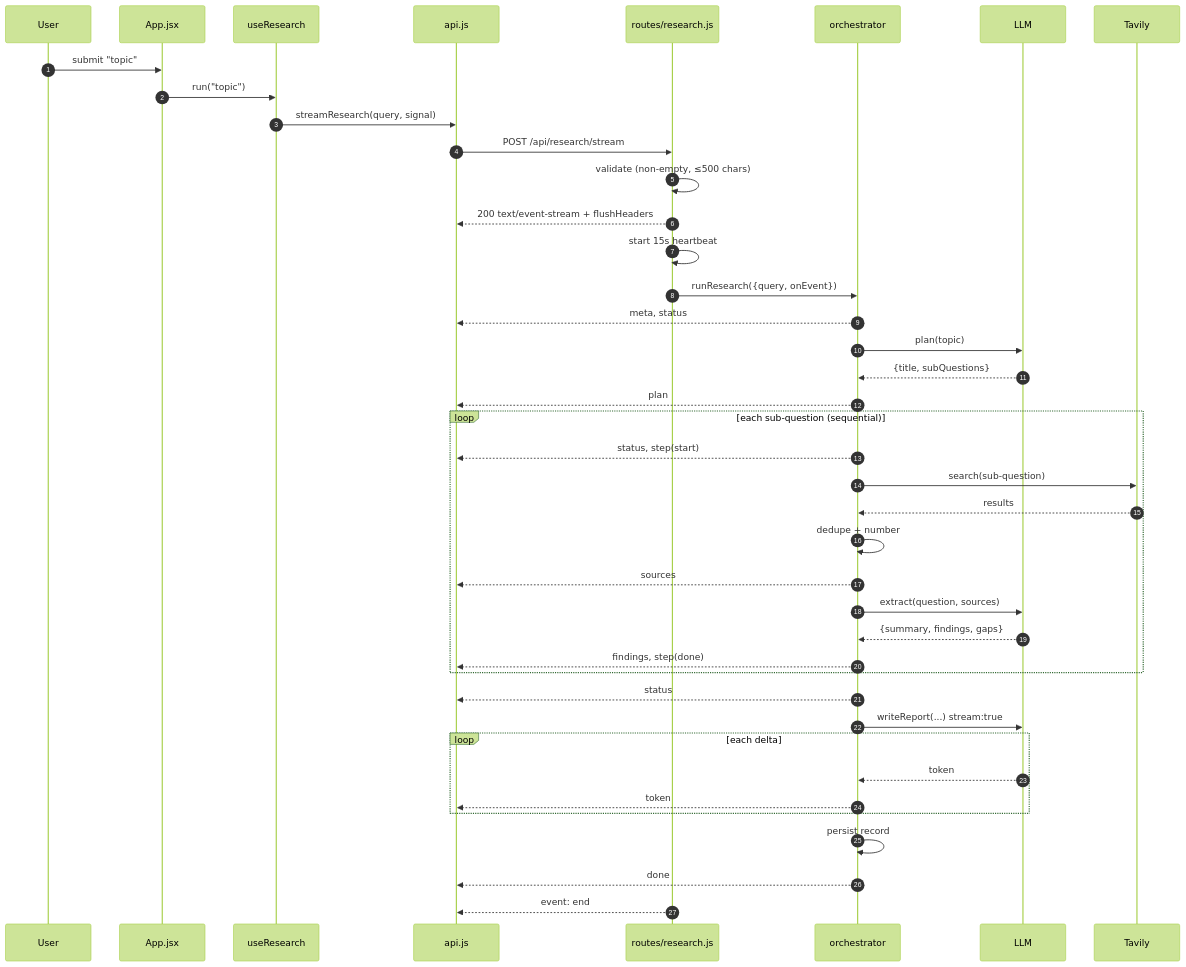
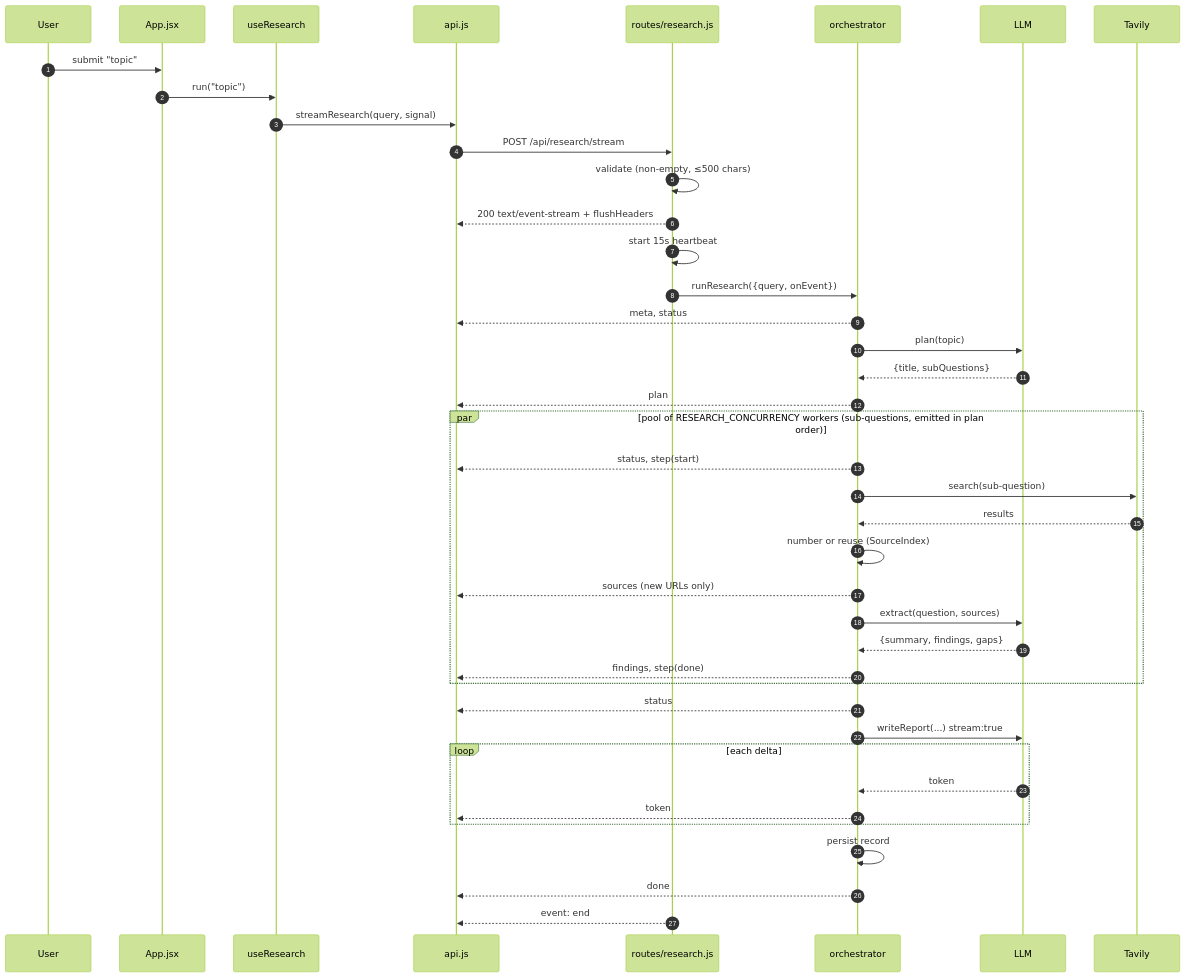
One commit to AlphaBeast97/deep-research-ai-platform changed the sixth of 16 diagrams in docs/ARCHITECTURE.md. Above: the diagram before and after it, drawn with Mermaid (forest theme). The commit also changed other lines of this file and 25 other files, not shown here.

````diff
--- a/docs/ARCHITECTURE.md
+++ b/docs/ARCHITECTURE.md
@@ -789,47 +816,47 @@
 ```mermaid
 sequenceDiagram
     autonumber
     participant U as User
     participant A as App.jsx
     participant H as useResearch
     participant API as api.js
     participant S as routes/research.js
     participant O as orchestrator
     participant L as LLM
     participant T as Tavily
 
     U->>A: submit "topic"
     A->>H: run("topic")
     H->>API: streamResearch(query, signal)
     API->>S: POST /api/research/stream
     S->>S: validate (non-empty, ≤500 chars)
     S-->>API: 200 text/event-stream + flushHeaders
     S->>S: start 15s heartbeat
     S->>O: runResearch({query, onEvent})
 
     O-->>API: meta, status
     O->>L: plan(topic)
     L-->>O: {title, subQuestions}
     O-->>API: plan
 
-    loop each sub-question (sequential)
+    par pool of RESEARCH_CONCURRENCY workers (sub-questions, emitted in plan order)
         O-->>API: status, step(start)
         O->>T: search(sub-question)
         T-->>O: results
-        O->>O: dedupe + number
-        O-->>API: sources
+        O->>O: number or reuse (SourceIndex)
+        O-->>API: sources (new URLs only)
         O->>L: extract(question, sources)
         L-->>O: {summary, findings, gaps}
         O-->>API: findings, step(done)
     end
 
     O-->>API: status
     O->>L: writeReport(...) stream:true
     loop each delta
         L-->>O: token
         O-->>API: token
     end
     O->>O: persist record
     O-->>API: done
     S-->>API: event: end
 ```
````
